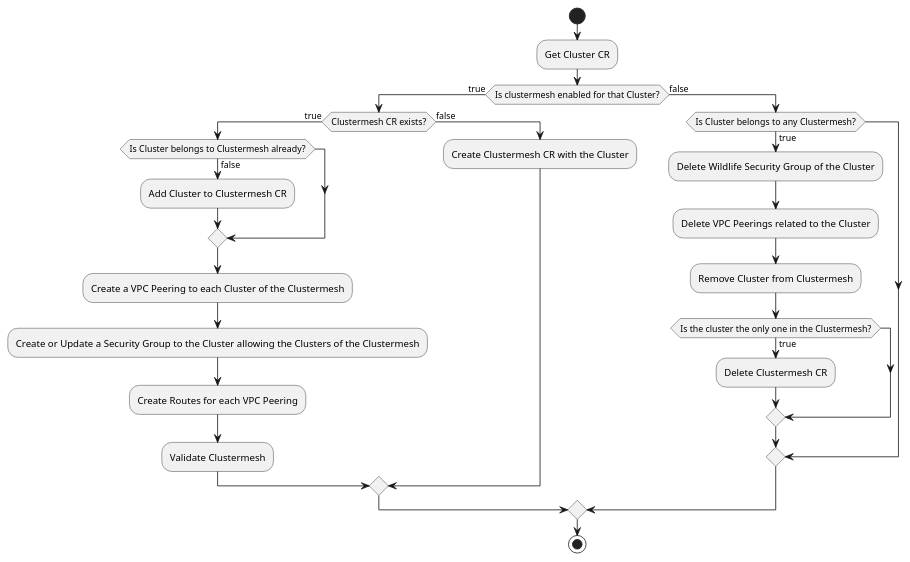
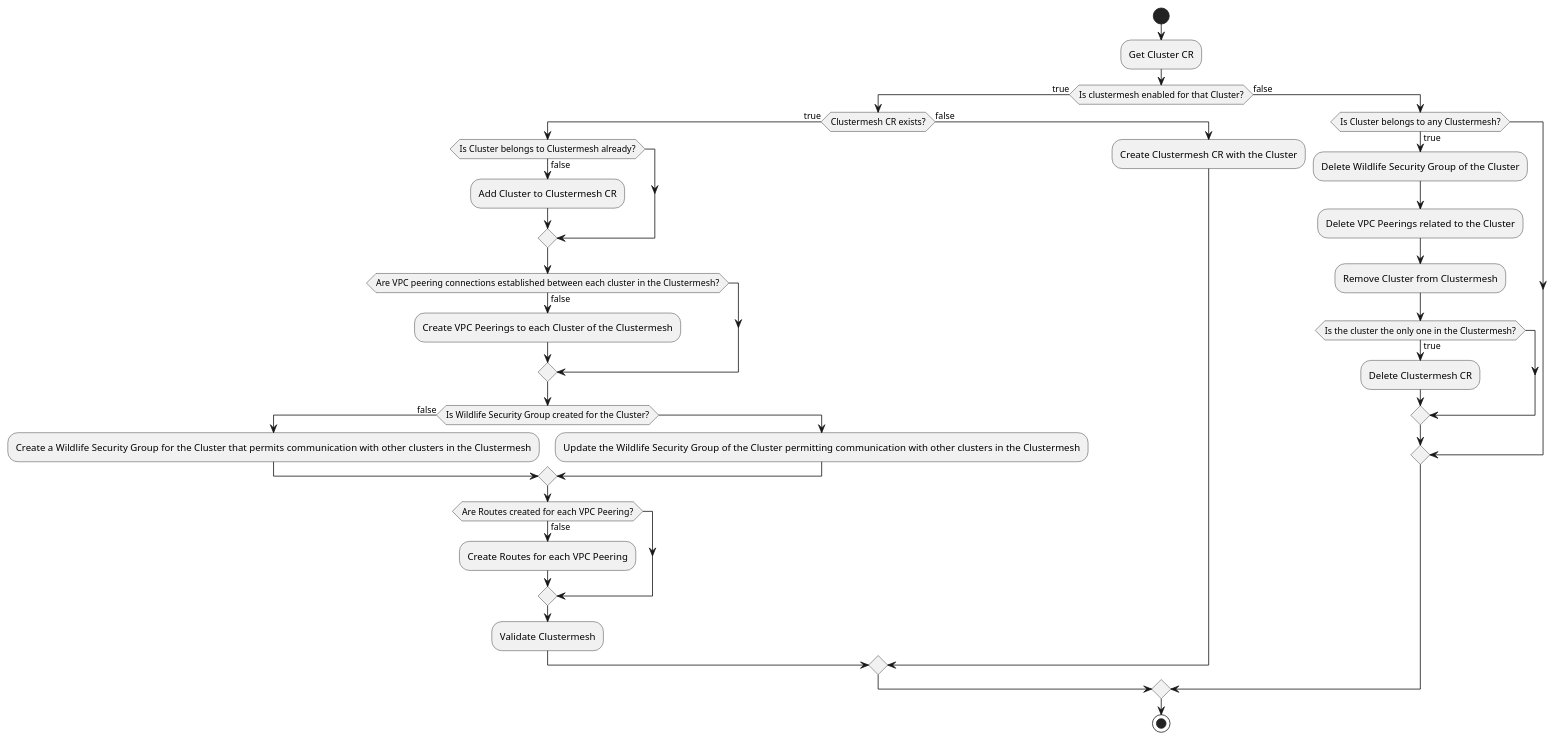
One commit to topfreegames/kubernetes-crossplane-infrastructure-operator changed the diagram in docs/clustermesh/clustermesh-controller.puml. Above: the diagram before and after it, drawn with PlantUML. The commit also changed 6 other files, not shown here.

```diff
--- a/docs/clustermesh/clustermesh-controller.puml
+++ b/docs/clustermesh/clustermesh-controller.puml
@@ -1,27 +1,35 @@
 @startuml clustermesh-controller
 start
 :Get Cluster CR;
 if (Is clustermesh enabled for that Cluster?) is (true) then
     if (Clustermesh CR exists?) is (true) then
         if (Is Cluster belongs to Clustermesh already?) is (false) then
             :Add Cluster to Clustermesh CR;
         endif
-        :Create a VPC Peering to each Cluster of the Clustermesh;
-        :Create or Update a Security Group to the Cluster allowing the Clusters of the Clustermesh;
-        :Create Routes for each VPC Peering;
+        if (Are VPC peering connections established between each cluster in the Clustermesh?) is (false) then
+            :Create VPC Peerings to each Cluster of the Clustermesh;
+        endif
+        if (Is Wildlife Security Group created for the Cluster?) is (false) then
+            :Create a Wildlife Security Group for the Cluster that permits communication with other clusters in the Clustermesh;
+        else 
+            :Update the Wildlife Security Group of the Cluster permitting communication with other clusters in the Clustermesh;
+        endif
+        if (Are Routes created for each VPC Peering?) is (false) then
+            :Create Routes for each VPC Peering;
+        endif
         :Validate Clustermesh;
     else (false) 
         :Create Clustermesh CR with the Cluster;
     endif
 else (false)
     if (Is Cluster belongs to any Clustermesh?) is (true) then
         :Delete Wildlife Security Group of the Cluster;
         :Delete VPC Peerings related to the Cluster;
         :Remove Cluster from Clustermesh;
         if (Is the cluster the only one in the Clustermesh?) is (true) then
             :Delete Clustermesh CR;
         endif
     endif
 endif
 stop
 @enduml
```
